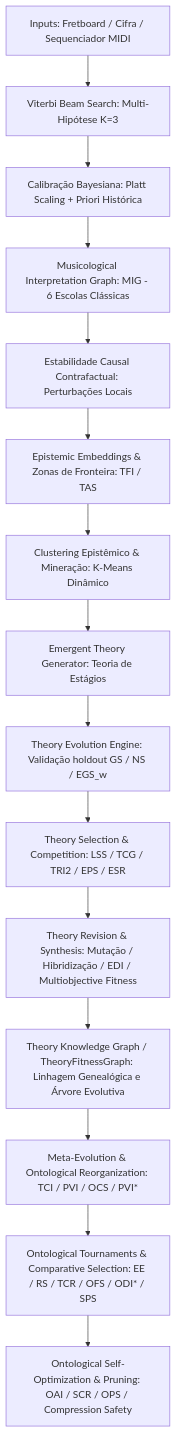
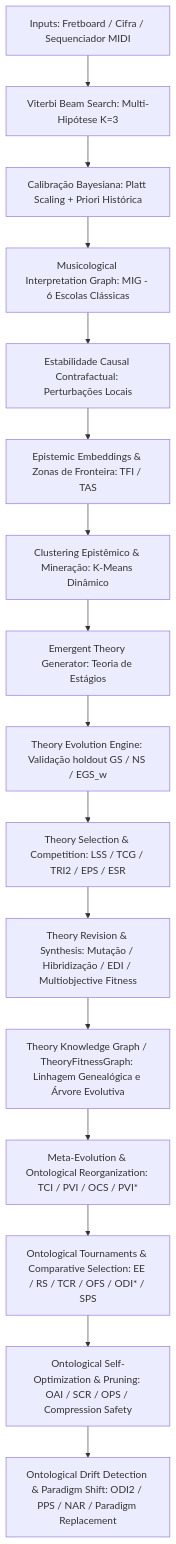
The diagram in README.md (gustavoesteves/FindChord), drawn with Mermaid before and after one commit. The commit also changed other lines of this file and 11 other files, not shown here.

Commit message:
feat(f11-p): implement ontological drift detection and paradigm shift engine

````diff
--- a/README.md
+++ b/README.md
@@ -13,17 +13,18 @@
 ```mermaid
 graph TD
     A[Inputs: Fretboard / Cifra / Sequenciador MIDI] --> B[Viterbi Beam Search: Multi-Hipótese K=3]
     B --> C[Calibração Bayesiana: Platt Scaling + Priori Histórica]
     C --> D[Musicological Interpretation Graph: MIG - 6 Escolas Clássicas]
     D --> E[Estabilidade Causal Contrafactual: Perturbações Locais]
     E --> F[Epistemic Embeddings & Zonas de Fronteira: TFI / TAS]
     F --> G[Clustering Epistêmico & Mineração: K-Means Dinâmico]
     G --> H[Emergent Theory Generator: Teoria de Estágios]
     H --> I[Theory Evolution Engine: Validação holdout GS / NS / EGS_w]
     I --> J[Theory Selection & Competition: LSS / TCG / TRI2 / EPS / ESR]
     J --> K[Theory Revision & Synthesis: Mutação / Hibridização / EDI / Multiobjective Fitness]
     K --> L[Theory Knowledge Graph / TheoryFitnessGraph: Linhagem Genealógica e Árvore Evolutiva]
     L --> M[Meta-Evolution & Ontological Reorganization: TCI / PVI / OCS / PVI*]
     M --> N[Ontological Tournaments & Comparative Selection: EE / RS / TCR / OFS / ODI* / SPS]
     N --> O[Ontological Self-Optimization & Pruning: OAI / SCR / OPS / Compression Safety]
+    O --> P[Ontological Drift Detection & Paradigm Shift: ODI2 / PPS / NAR / Paradigm Replacement]
 ```
````
